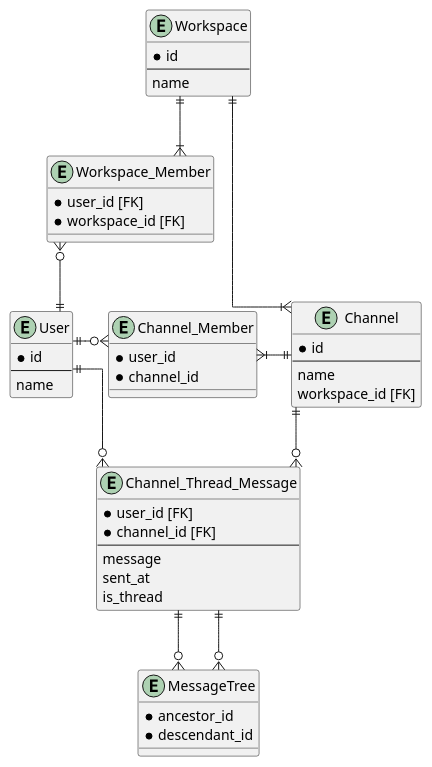
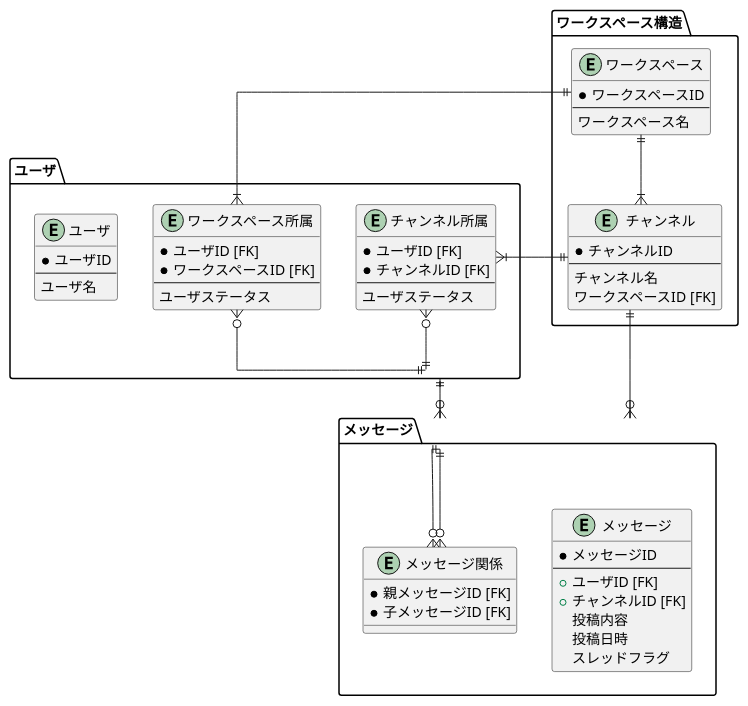
Before and after one commit to shimopino/praha-challenges: the diagram in database/30_modeling2/assets/chat-v1.pu, drawn with PlantUML. The commit also changed 1 other file, not shown here.

```diff
--- a/database/30_modeling2/assets/chat-v1.pu
+++ b/database/30_modeling2/assets/chat-v1.pu
@@ -1,58 +1,69 @@
 @startuml chat-v1
 
 skinparam linetype ortho
 
-entity User {
-    * id
-    ---
-    name
+package ユーザ {
+    entity ユーザ {
+        * ユーザID
+        ---
+        ユーザ名
+    }
+
+    entity ワークスペース所属 {
+        * ユーザID [FK]
+        * ワークスペースID [FK]
+        --
+        ユーザステータス
+    }
+
+    entity チャンネル所属 {
+        * ユーザID [FK]
+        * チャンネルID [FK]
+        --
+        ユーザステータス
+    }
 }
 
-entity Workspace {
-    * id
-    ---
-    name
+package ワークスペース構造 {
+    entity ワークスペース {
+        * ワークスペースID
+        ---
+        ワークスペース名
+    }
+
+    entity チャンネル {
+        * チャンネルID
+        ---
+        チャンネル名
+        ワークスペースID [FK]
+    }
 }
 
-entity Channel {
-    * id
-    ---
-    name
-    workspace_id [FK]
+package メッセージ {
+    entity メッセージ {
+        * メッセージID
+        --
+        + ユーザID [FK]
+        + チャンネルID [FK]
+        投稿内容
+        投稿日時
+        スレッドフラグ
+    }
+
+    entity メッセージ関係 {
+        * 親メッセージID [FK]
+        * 子メッセージID [FK]
+    }
 }
 
-entity Workspace_Member {
-    * user_id [FK]
-    * workspace_id [FK]
-}
-
-entity Channel_Member {
-    * user_id
-    * channel_id
-}
-
-entity Channel_Thread_Message {
-    * user_id [FK]
-    * channel_id [FK]
-    --
-    message
-    sent_at
-    is_thread
-}
-
-entity MessageTree {
-    * ancestor_id
-    * descendant_id
-}
-
-Workspace ||--|{ Channel
-User ||-u-o{ Workspace_Member
-Workspace ||--|{ Workspace_Member
-User ||-r-o{ Channel_Member
-Channel ||-l-|{ Channel_Member
-User ||--o{ Channel_Thread_Message
-Channel ||--o{ Channel_Thread_Message
-Channel_Thread_Message ||--o{ MessageTree
-Channel_Thread_Message ||--o{ MessageTree
+ワークスペース ||--|{ チャンネル
+ユーザ ||-u-o{ ワークスペース所属
+ワークスペース ||--|{ ワークスペース所属
+ユーザ ||-r-o{ チャンネル所属
+チャンネル ||-l-|{ チャンネル所属
+ユーザ ||--o{ メッセージ
+チャンネル ||--o{ メッセージ
+メッセージ ||--o{ メッセージ関係
+メッセージ ||--o{ メッセージ関係
 
 @enduml
```
